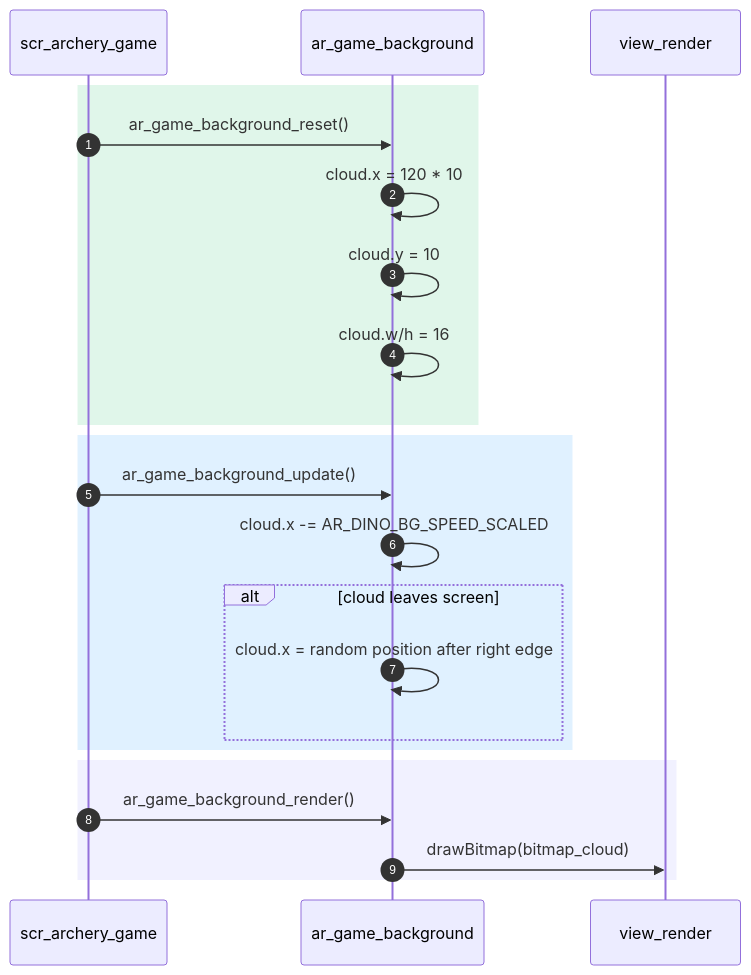
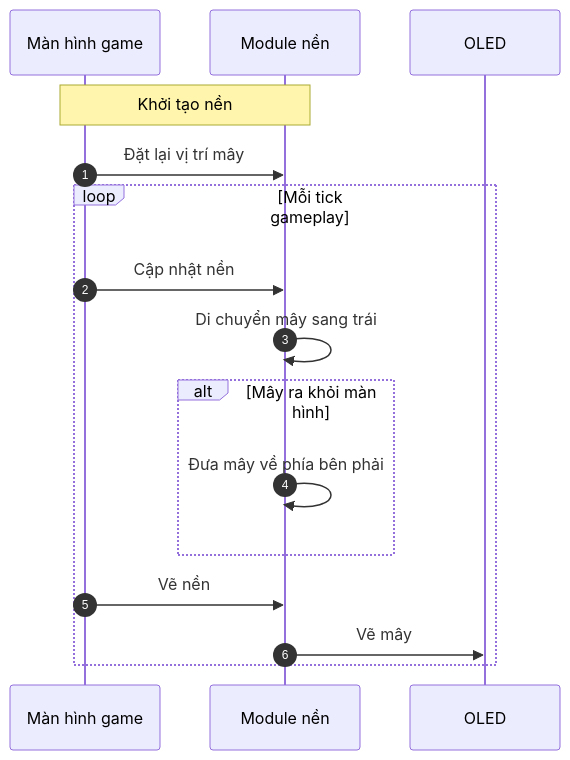
The sixth of 7 diagrams in README.md (trqvu21/AK-KIT_DINOGAME), drawn with Mermaid before and after one commit. The commit also changed other lines of this file and 12 other files, not shown here.

````diff
--- a/README.md
+++ b/README.md
@@ -575,27 +366,20 @@
 ```mermaid
 sequenceDiagram
     autonumber
-    participant Screen as scr_archery_game
-    participant BG as ar_game_background
-    participant OLED as view_render
+    participant Screen as Màn hình game
+    participant BG as Module nền
+    participant OLED as OLED
 
-    rect rgba(0, 180, 80, 0.12)
-    Screen->>BG: ar_game_background_reset()
-    BG->>BG: cloud.x = 120 * 10
-    BG->>BG: cloud.y = 10
-    BG->>BG: cloud.w/h = 16
-    end
+    Note over Screen, BG: Khởi tạo nền
+    Screen->>BG: Đặt lại vị trí mây
 
-    rect rgba(0, 140, 255, 0.12)
-    Screen->>BG: ar_game_background_update()
-    BG->>BG: cloud.x -= AR_DINO_BG_SPEED_SCALED
-    alt cloud leaves screen
-        BG->>BG: cloud.x = random position after right edge
-    end
-    end
-
-    rect rgba(120, 120, 255, 0.10)
-    Screen->>BG: ar_game_background_render()
-    BG->>OLED: drawBitmap(bitmap_cloud)
+    loop Mỗi tick gameplay
+        Screen->>BG: Cập nhật nền
+        BG->>BG: Di chuyển mây sang trái
+        alt Mây ra khỏi màn hình
+            BG->>BG: Đưa mây về phía bên phải
+        end
+        Screen->>BG: Vẽ nền
+        BG->>OLED: Vẽ mây
     end
 ```
````
